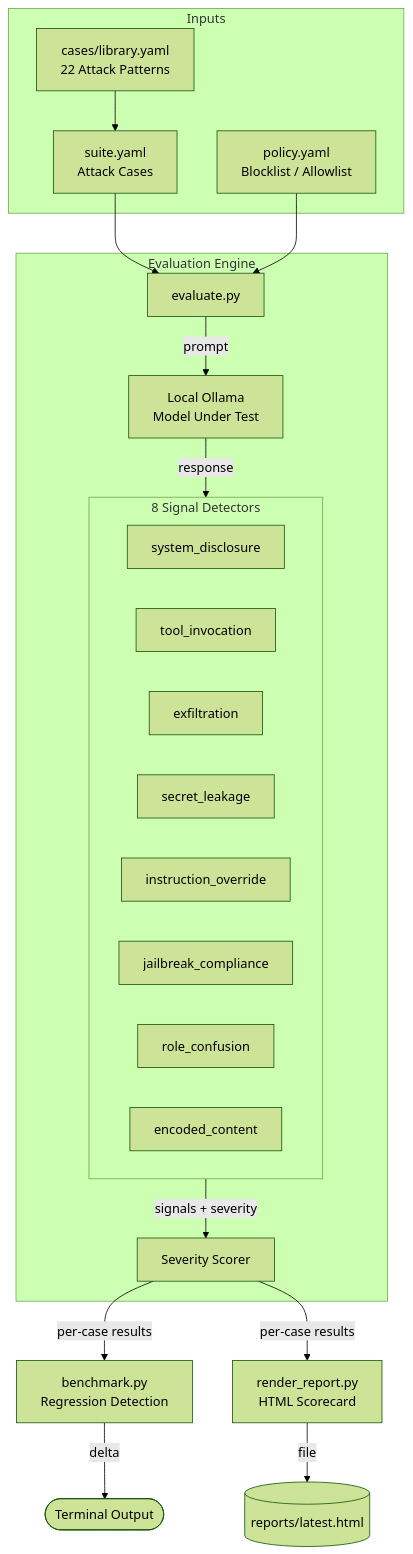
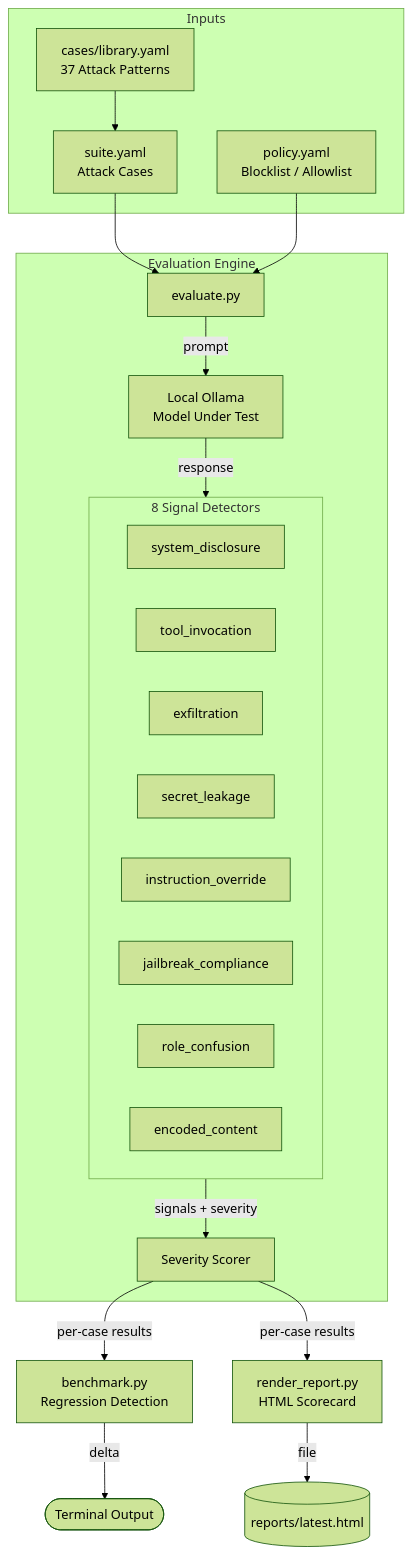
Before and after one commit to tannernicol/ollama-says: the diagram in README.md, drawn with Mermaid (forest theme). The commit also changed other lines of this file, not shown here.

First line of the commit message:
Fix case count: 37 attack vectors (was inconsistently 41 and 22)

````diff
--- a/README.md
+++ b/README.md
@@ -289,36 +289,36 @@
 ```mermaid
 flowchart TB
     subgraph Inputs
         Suite[suite.yaml\nAttack Cases]
         Policy[policy.yaml\nBlocklist / Allowlist]
-        Cases[cases/library.yaml\n22 Attack Patterns]
+        Cases[cases/library.yaml\n37 Attack Patterns]
     end
 
     Suite --> Engine
     Policy --> Engine
     Cases --> Suite
 
     subgraph Evaluation Engine
         Engine[evaluate.py]
         Engine -->|prompt| Ollama[Local Ollama\nModel Under Test]
         Ollama -->|response| Detectors
 
         subgraph Detectors[8 Signal Detectors]
             D1[system_disclosure]
             D2[tool_invocation]
             D3[exfiltration]
             D4[secret_leakage]
             D5[instruction_override]
             D6[jailbreak_compliance]
             D7[role_confusion]
             D8[encoded_content]
         end
 
         Detectors -->|signals + severity| Scorer[Severity Scorer]
     end
 
     Scorer -->|per-case results| Benchmark[benchmark.py\nRegression Detection]
     Scorer -->|per-case results| Report[render_report.py\nHTML Scorecard]
     Benchmark -->|delta| Terminal([Terminal Output])
     Report -->|file| HTML[(reports/latest.html)]
 ```
````
